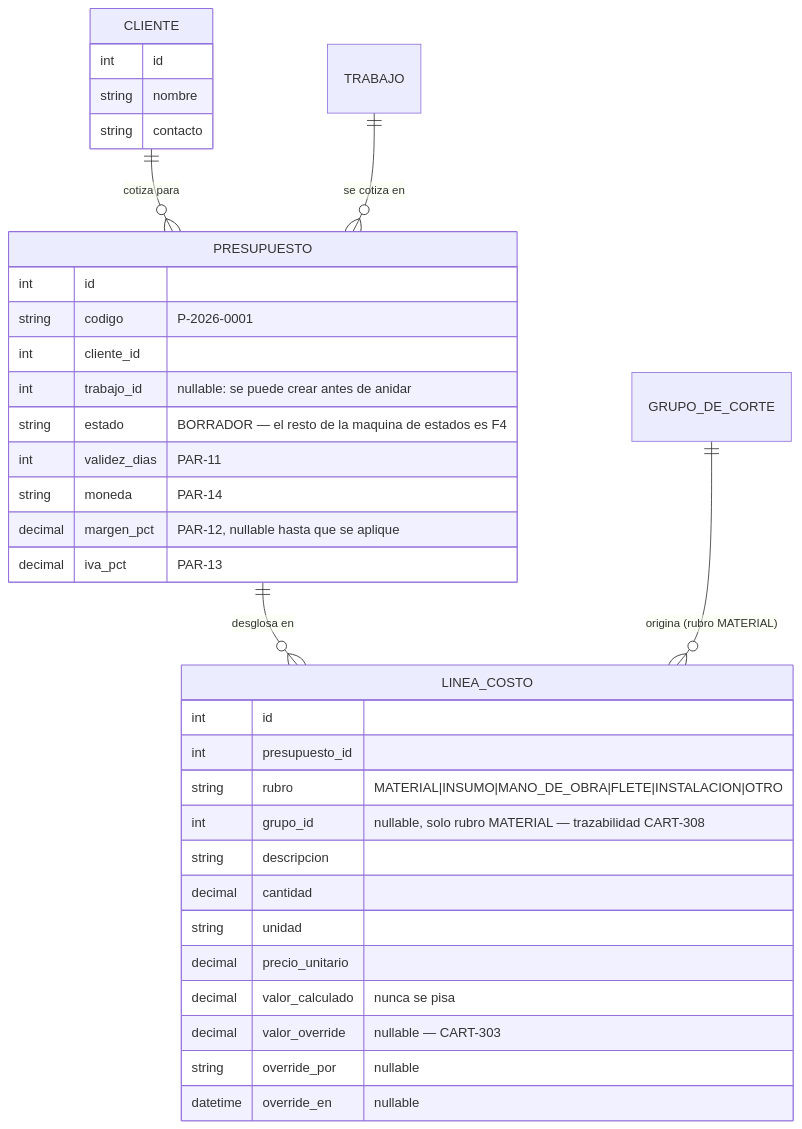
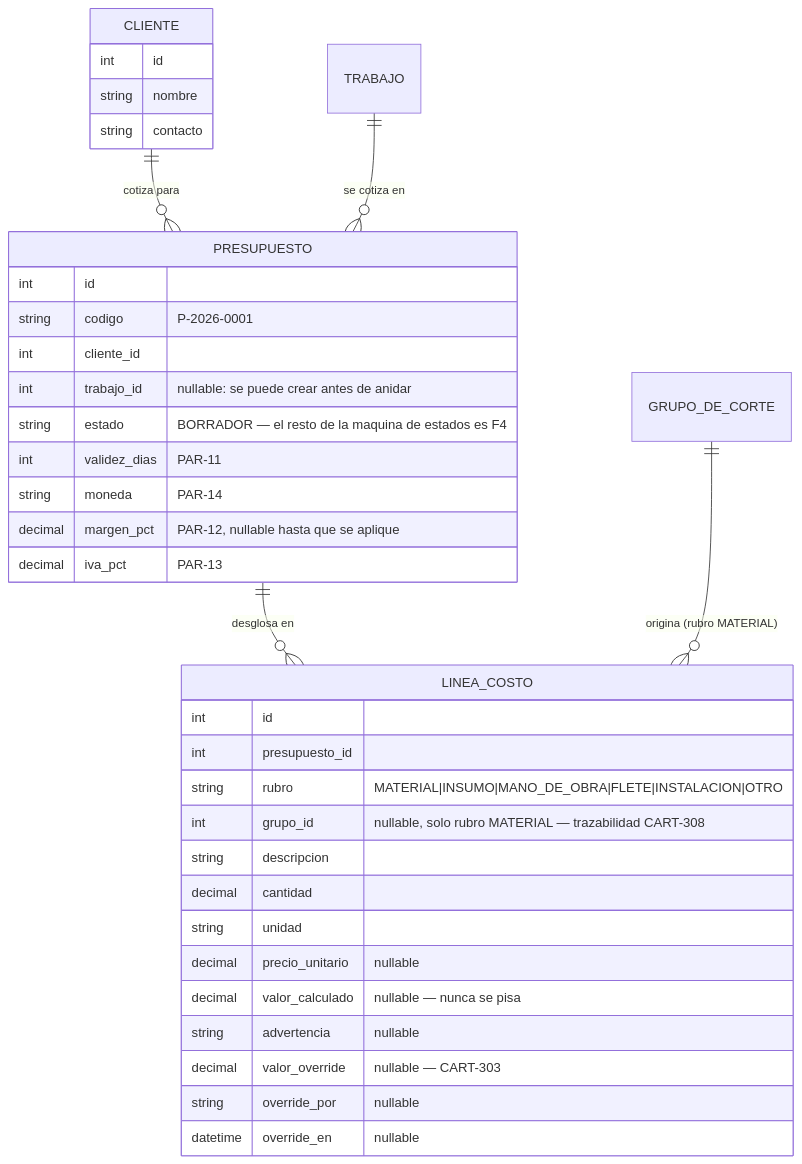
Before and after one commit to enzopazzelli/carteleria: the diagram in docs/PLAN-SLICE-COTIZADOR.md, drawn with Mermaid. The commit also changed other lines of this file, not shown here.

````diff
--- a/docs/PLAN-SLICE-COTIZADOR.md
+++ b/docs/PLAN-SLICE-COTIZADOR.md
@@ -39,38 +39,39 @@
 ```mermaid
 erDiagram
     CLIENTE ||--o{ PRESUPUESTO : "cotiza para"
     TRABAJO ||--o{ PRESUPUESTO : "se cotiza en"
     PRESUPUESTO ||--o{ LINEA_COSTO : "desglosa en"
     GRUPO_DE_CORTE ||--o{ LINEA_COSTO : "origina (rubro MATERIAL)"
 
     CLIENTE {
         int id
         string nombre
         string contacto
     }
     PRESUPUESTO {
         int id
         string codigo "P-2026-0001"
         int cliente_id
         int trabajo_id "nullable: se puede crear antes de anidar"
         string estado "BORRADOR — el resto de la maquina de estados es F4"
         int validez_dias "PAR-11"
         string moneda "PAR-14"
         decimal margen_pct "PAR-12, nullable hasta que se aplique"
         decimal iva_pct "PAR-13"
     }
     LINEA_COSTO {
         int id
         int presupuesto_id
         string rubro "MATERIAL|INSUMO|MANO_DE_OBRA|FLETE|INSTALACION|OTRO"
         int grupo_id "nullable, solo rubro MATERIAL — trazabilidad CART-308"
         string descripcion
         decimal cantidad
         string unidad
-        decimal precio_unitario
-        decimal valor_calculado "nunca se pisa"
+        decimal precio_unitario "nullable"
+        decimal valor_calculado "nullable — nunca se pisa"
+        string advertencia "nullable"
         decimal valor_override "nullable — CART-303"
         string override_por "nullable"
         datetime override_en "nullable"
     }
 ```
````
